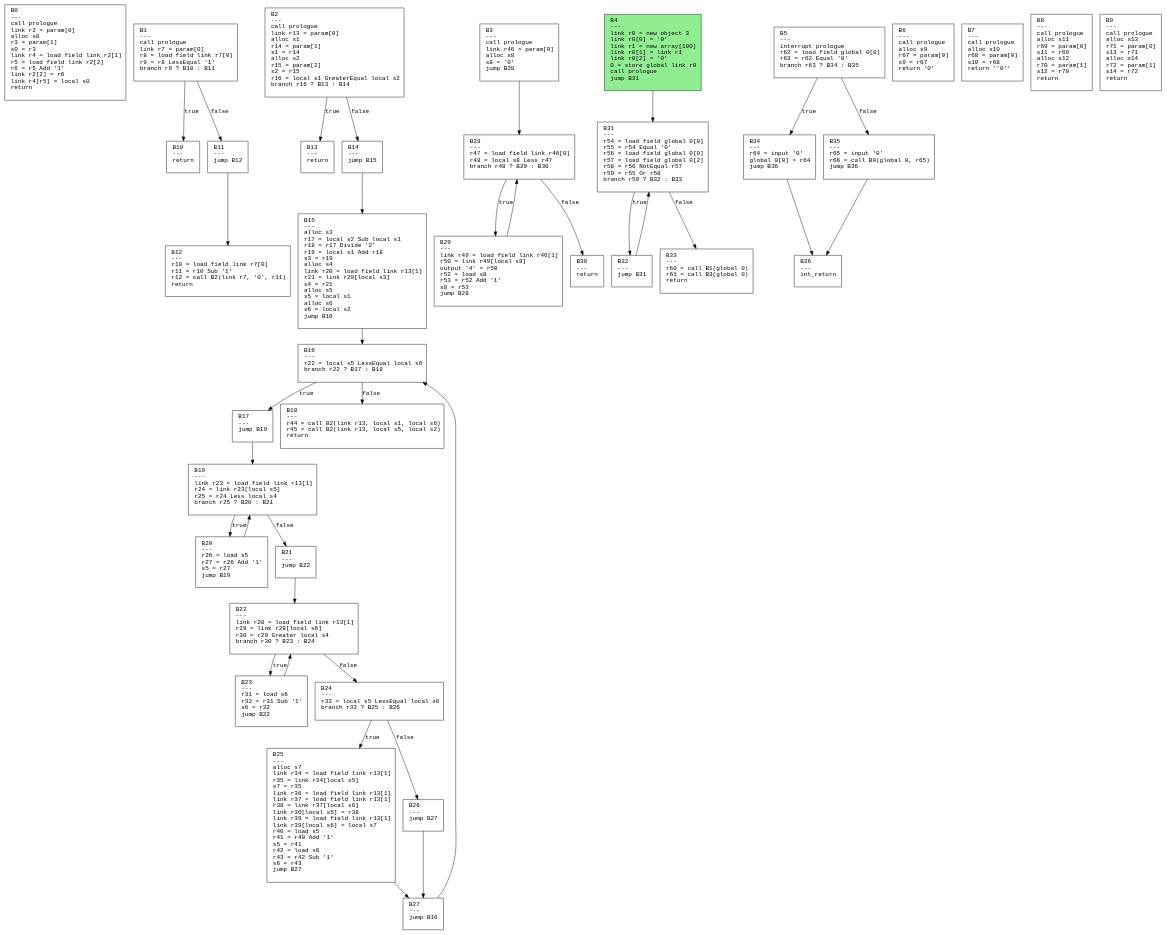
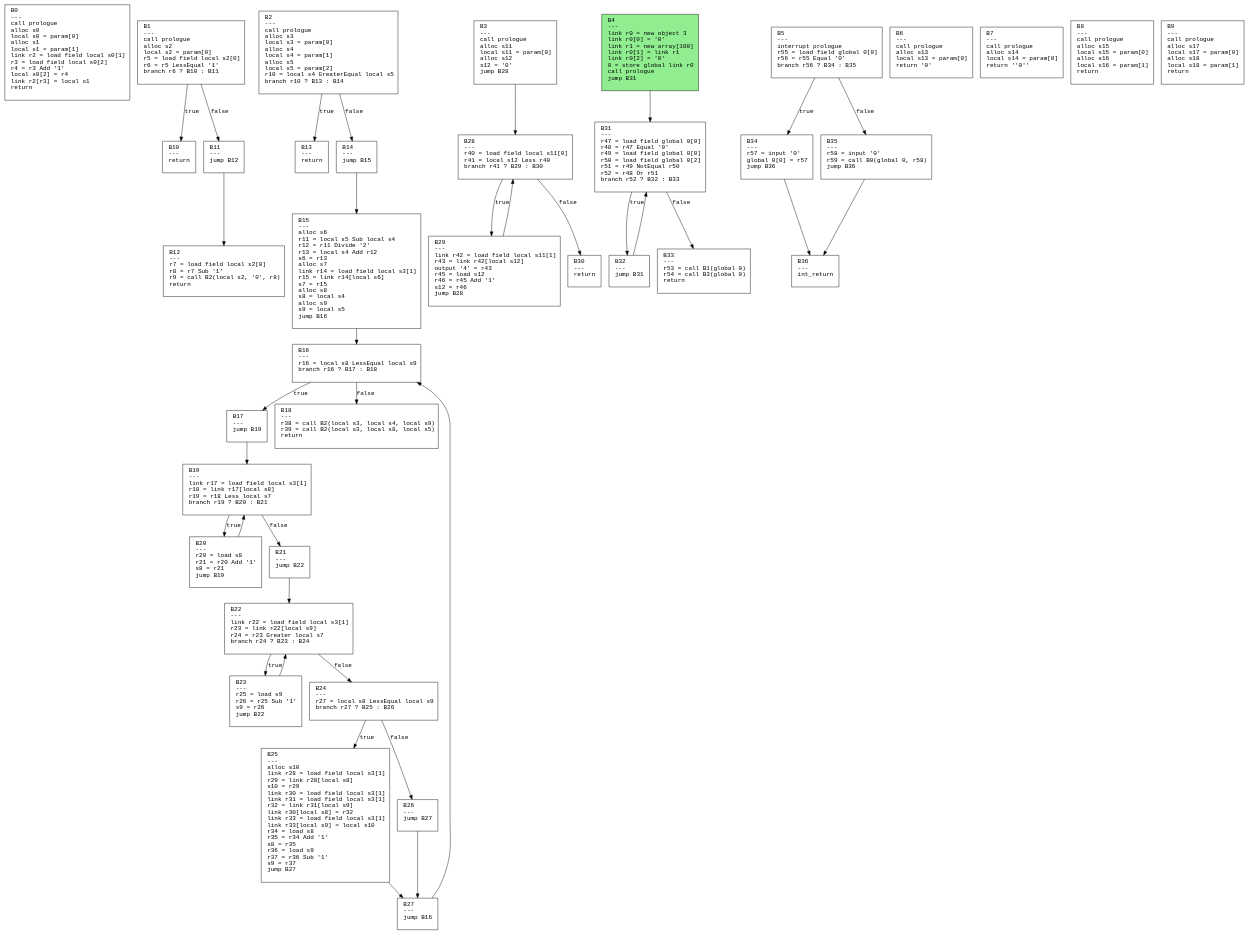
The diagram in schemes/sort.dot (safarislava/ProcTranslator), drawn with Graphviz before and after one commit. The commit also changed 20 other files, not shown here.

```diff
--- a/schemes/sort.dot
+++ b/schemes/sort.dot
@@ -1,78 +1,78 @@
 digraph CFG {
   rankdir=TB;
   node [shape=box, fontname="Courier", style=filled, fillcolor=white, margin="0.2,0.1"];
   edge [fontname="Courier"];
 
-  "B0" [label="B0\l---\lcall prologue\llink r2 = param[0]\lalloc s0\lr3 = param[1]\ls0 = r3\llink r4 = load field link r2[1]\lr5 = load field link r2[2]\lr6 = r5 Add '1'\llink r2[2] = r6\llink r4[r5] = local s0\lreturn\l "];
-  "B1" [label="B1\l---\lcall prologue\llink r7 = param[0]\lr8 = load field link r7[0]\lr9 = r8 LessEqual '1'\lbranch r9 ? B10 : B11\l "];
-  "B2" [label="B2\l---\lcall prologue\llink r13 = param[0]\lalloc s1\lr14 = param[1]\ls1 = r14\lalloc s2\lr15 = param[2]\ls2 = r15\lr16 = local s1 GreaterEqual local s2\lbranch r16 ? B13 : B14\l "];
-  "B3" [label="B3\l---\lcall prologue\llink r46 = param[0]\lalloc s8\ls8 = '0'\ljump B28\l "];
+  "B0" [label="B0\l---\lcall prologue\lalloc s0\llocal s0 = param[0]\lalloc s1\llocal s1 = param[1]\llink r2 = load field local s0[1]\lr3 = load field local s0[2]\lr4 = r3 Add '1'\llocal s0[2] = r4\llink r2[r3] = local s1\lreturn\l "];
+  "B1" [label="B1\l---\lcall prologue\lalloc s2\llocal s2 = param[0]\lr5 = load field local s2[0]\lr6 = r5 LessEqual '1'\lbranch r6 ? B10 : B11\l "];
+  "B2" [label="B2\l---\lcall prologue\lalloc s3\llocal s3 = param[0]\lalloc s4\llocal s4 = param[1]\lalloc s5\llocal s5 = param[2]\lr10 = local s4 GreaterEqual local s5\lbranch r10 ? B13 : B14\l "];
+  "B3" [label="B3\l---\lcall prologue\lalloc s11\llocal s11 = param[0]\lalloc s12\ls12 = '0'\ljump B28\l "];
   "B4" [label="B4\l---\llink r0 = new object 3\llink r0[0] = '0'\llink r1 = new array[100]\llink r0[1] = link r1\llink r0[2] = '0'\l0 = store global link r0\lcall prologue\ljump B31\l "];
-  "B5" [label="B5\l---\linterrupt prologue\lr62 = load field global 0[0]\lr63 = r62 Equal '0'\lbranch r63 ? B34 : B35\l "];
-  "B6" [label="B6\l---\lcall prologue\lalloc s9\lr67 = param[0]\ls9 = r67\lreturn '0'\l "];
-  "B7" [label="B7\l---\lcall prologue\lalloc s10\lr68 = param[0]\ls10 = r68\lreturn ''0''\l "];
-  "B8" [label="B8\l---\lcall prologue\lalloc s11\lr69 = param[0]\ls11 = r69\lalloc s12\lr70 = param[1]\ls12 = r70\lreturn\l "];
-  "B9" [label="B9\l---\lcall prologue\lalloc s13\lr71 = param[0]\ls13 = r71\lalloc s14\lr72 = param[1]\ls14 = r72\lreturn\l "];
+  "B5" [label="B5\l---\linterrupt prologue\lr55 = load field global 0[0]\lr56 = r55 Equal '0'\lbranch r56 ? B34 : B35\l "];
+  "B6" [label="B6\l---\lcall prologue\lalloc s13\llocal s13 = param[0]\lreturn '0'\l "];
+  "B7" [label="B7\l---\lcall prologue\lalloc s14\llocal s14 = param[0]\lreturn ''0''\l "];
+  "B8" [label="B8\l---\lcall prologue\lalloc s15\llocal s15 = param[0]\lalloc s16\llocal s16 = param[1]\lreturn\l "];
+  "B9" [label="B9\l---\lcall prologue\lalloc s17\llocal s17 = param[0]\lalloc s18\llocal s18 = param[1]\lreturn\l "];
   "B10" [label="B10\l---\lreturn\l "];
   "B11" [label="B11\l---\ljump B12\l "];
-  "B12" [label="B12\l---\lr10 = load field link r7[0]\lr11 = r10 Sub '1'\lr12 = call B2(link r7, '0', r11)\lreturn\l "];
+  "B12" [label="B12\l---\lr7 = load field local s2[0]\lr8 = r7 Sub '1'\lr9 = call B2(local s2, '0', r8)\lreturn\l "];
   "B13" [label="B13\l---\lreturn\l "];
   "B14" [label="B14\l---\ljump B15\l "];
-  "B15" [label="B15\l---\lalloc s3\lr17 = local s2 Sub local s1\lr18 = r17 Divide '2'\lr19 = local s1 Add r18\ls3 = r19\lalloc s4\llink r20 = load field link r13[1]\lr21 = link r20[local s3]\ls4 = r21\lalloc s5\ls5 = local s1\lalloc s6\ls6 = local s2\ljump B16\l "];
-  "B16" [label="B16\l---\lr22 = local s5 LessEqual local s6\lbranch r22 ? B17 : B18\l "];
+  "B15" [label="B15\l---\lalloc s6\lr11 = local s5 Sub local s4\lr12 = r11 Divide '2'\lr13 = local s4 Add r12\ls6 = r13\lalloc s7\llink r14 = load field local s3[1]\lr15 = link r14[local s6]\ls7 = r15\lalloc s8\ls8 = local s4\lalloc s9\ls9 = local s5\ljump B16\l "];
+  "B16" [label="B16\l---\lr16 = local s8 LessEqual local s9\lbranch r16 ? B17 : B18\l "];
   "B17" [label="B17\l---\ljump B19\l "];
-  "B18" [label="B18\l---\lr44 = call B2(link r13, local s1, local s6)\lr45 = call B2(link r13, local s5, local s2)\lreturn\l "];
-  "B19" [label="B19\l---\llink r23 = load field link r13[1]\lr24 = link r23[local s5]\lr25 = r24 Less local s4\lbranch r25 ? B20 : B21\l "];
-  "B20" [label="B20\l---\lr26 = load s5\lr27 = r26 Add '1'\ls5 = r27\ljump B19\l "];
+  "B18" [label="B18\l---\lr38 = call B2(local s3, local s4, local s9)\lr39 = call B2(local s3, local s8, local s5)\lreturn\l "];
+  "B19" [label="B19\l---\llink r17 = load field local s3[1]\lr18 = link r17[local s8]\lr19 = r18 Less local s7\lbranch r19 ? B20 : B21\l "];
+  "B20" [label="B20\l---\lr20 = load s8\lr21 = r20 Add '1'\ls8 = r21\ljump B19\l "];
   "B21" [label="B21\l---\ljump B22\l "];
-  "B22" [label="B22\l---\llink r28 = load field link r13[1]\lr29 = link r28[local s6]\lr30 = r29 Greater local s4\lbranch r30 ? B23 : B24\l "];
-  "B23" [label="B23\l---\lr31 = load s6\lr32 = r31 Sub '1'\ls6 = r32\ljump B22\l "];
-  "B24" [label="B24\l---\lr33 = local s5 LessEqual local s6\lbranch r33 ? B25 : B26\l "];
-  "B25" [label="B25\l---\lalloc s7\llink r34 = load field link r13[1]\lr35 = link r34[local s5]\ls7 = r35\llink r36 = load field link r13[1]\llink r37 = load field link r13[1]\lr38 = link r37[local s6]\llink r36[local s5] = r38\llink r39 = load field link r13[1]\llink r39[local s6] = local s7\lr40 = load s5\lr41 = r40 Add '1'\ls5 = r41\lr42 = load s6\lr43 = r42 Sub '1'\ls6 = r43\ljump B27\l "];
+  "B22" [label="B22\l---\llink r22 = load field local s3[1]\lr23 = link r22[local s9]\lr24 = r23 Greater local s7\lbranch r24 ? B23 : B24\l "];
+  "B23" [label="B23\l---\lr25 = load s9\lr26 = r25 Sub '1'\ls9 = r26\ljump B22\l "];
+  "B24" [label="B24\l---\lr27 = local s8 LessEqual local s9\lbranch r27 ? B25 : B26\l "];
+  "B25" [label="B25\l---\lalloc s10\llink r28 = load field local s3[1]\lr29 = link r28[local s8]\ls10 = r29\llink r30 = load field local s3[1]\llink r31 = load field local s3[1]\lr32 = link r31[local s9]\llink r30[local s8] = r32\llink r33 = load field local s3[1]\llink r33[local s9] = local s10\lr34 = load s8\lr35 = r34 Add '1'\ls8 = r35\lr36 = load s9\lr37 = r36 Sub '1'\ls9 = r37\ljump B27\l "];
   "B26" [label="B26\l---\ljump B27\l "];
   "B27" [label="B27\l---\ljump B16\l "];
-  "B28" [label="B28\l---\lr47 = load field link r46[0]\lr48 = local s8 Less r47\lbranch r48 ? B29 : B30\l "];
-  "B29" [label="B29\l---\llink r49 = load field link r46[1]\lr50 = link r49[local s8]\loutput '4' = r50\lr52 = load s8\lr53 = r52 Add '1'\ls8 = r53\ljump B28\l "];
+  "B28" [label="B28\l---\lr40 = load field local s11[0]\lr41 = local s12 Less r40\lbranch r41 ? B29 : B30\l "];
+  "B29" [label="B29\l---\llink r42 = load field local s11[1]\lr43 = link r42[local s12]\loutput '4' = r43\lr45 = load s12\lr46 = r45 Add '1'\ls12 = r46\ljump B28\l "];
   "B30" [label="B30\l---\lreturn\l "];
-  "B31" [label="B31\l---\lr54 = load field global 0[0]\lr55 = r54 Equal '0'\lr56 = load field global 0[0]\lr57 = load field global 0[2]\lr58 = r56 NotEqual r57\lr59 = r55 Or r58\lbranch r59 ? B32 : B33\l "];
+  "B31" [label="B31\l---\lr47 = load field global 0[0]\lr48 = r47 Equal '0'\lr49 = load field global 0[0]\lr50 = load field global 0[2]\lr51 = r49 NotEqual r50\lr52 = r48 Or r51\lbranch r52 ? B32 : B33\l "];
   "B32" [label="B32\l---\ljump B31\l "];
-  "B33" [label="B33\l---\lr60 = call B1(global 0)\lr61 = call B3(global 0)\lreturn\l "];
-  "B34" [label="B34\l---\lr64 = input '0'\lglobal 0[0] = r64\ljump B36\l "];
-  "B35" [label="B35\l---\lr65 = input '0'\lr66 = call B0(global 0, r65)\ljump B36\l "];
+  "B33" [label="B33\l---\lr53 = call B1(global 0)\lr54 = call B3(global 0)\lreturn\l "];
+  "B34" [label="B34\l---\lr57 = input '0'\lglobal 0[0] = r57\ljump B36\l "];
+  "B35" [label="B35\l---\lr58 = input '0'\lr59 = call B0(global 0, r58)\ljump B36\l "];
   "B36" [label="B36\l---\lint_return\l "];
   "B1" -> "B10" [label="true"];
   "B1" -> "B11" [label="false"];
   "B2" -> "B13" [label="true"];
   "B2" -> "B14" [label="false"];
   "B3" -> "B28";
   "B4" -> "B31";
   "B5" -> "B34" [label="true"];
   "B5" -> "B35" [label="false"];
   "B11" -> "B12";
   "B14" -> "B15";
   "B15" -> "B16";
   "B16" -> "B17" [label="true"];
   "B16" -> "B18" [label="false"];
   "B17" -> "B19";
   "B19" -> "B20" [label="true"];
   "B19" -> "B21" [label="false"];
   "B20" -> "B19";
   "B21" -> "B22";
   "B22" -> "B23" [label="true"];
   "B22" -> "B24" [label="false"];
   "B23" -> "B22";
   "B24" -> "B25" [label="true"];
   "B24" -> "B26" [label="false"];
   "B25" -> "B27";
   "B26" -> "B27";
   "B27" -> "B16";
   "B28" -> "B29" [label="true"];
   "B28" -> "B30" [label="false"];
   "B29" -> "B28";
   "B31" -> "B32" [label="true"];
   "B31" -> "B33" [label="false"];
   "B32" -> "B31";
   "B34" -> "B36";
   "B35" -> "B36";
   "B4" [fillcolor=lightgreen];
 }
```
